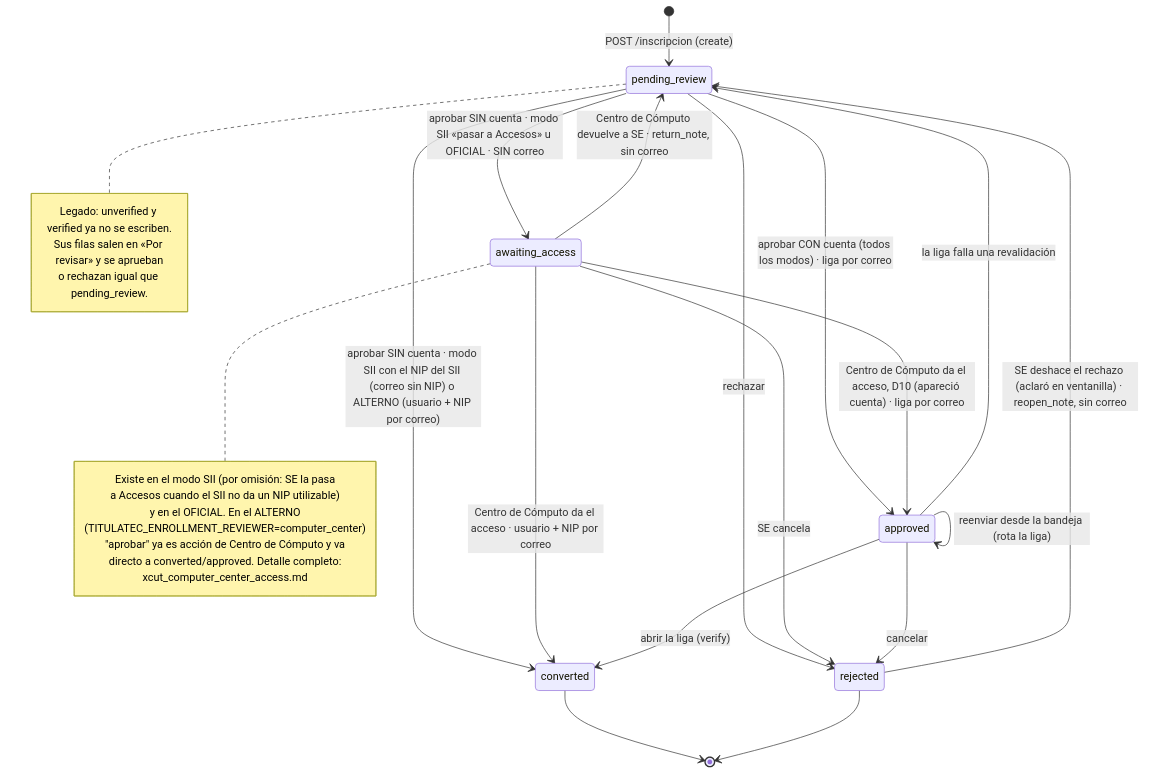
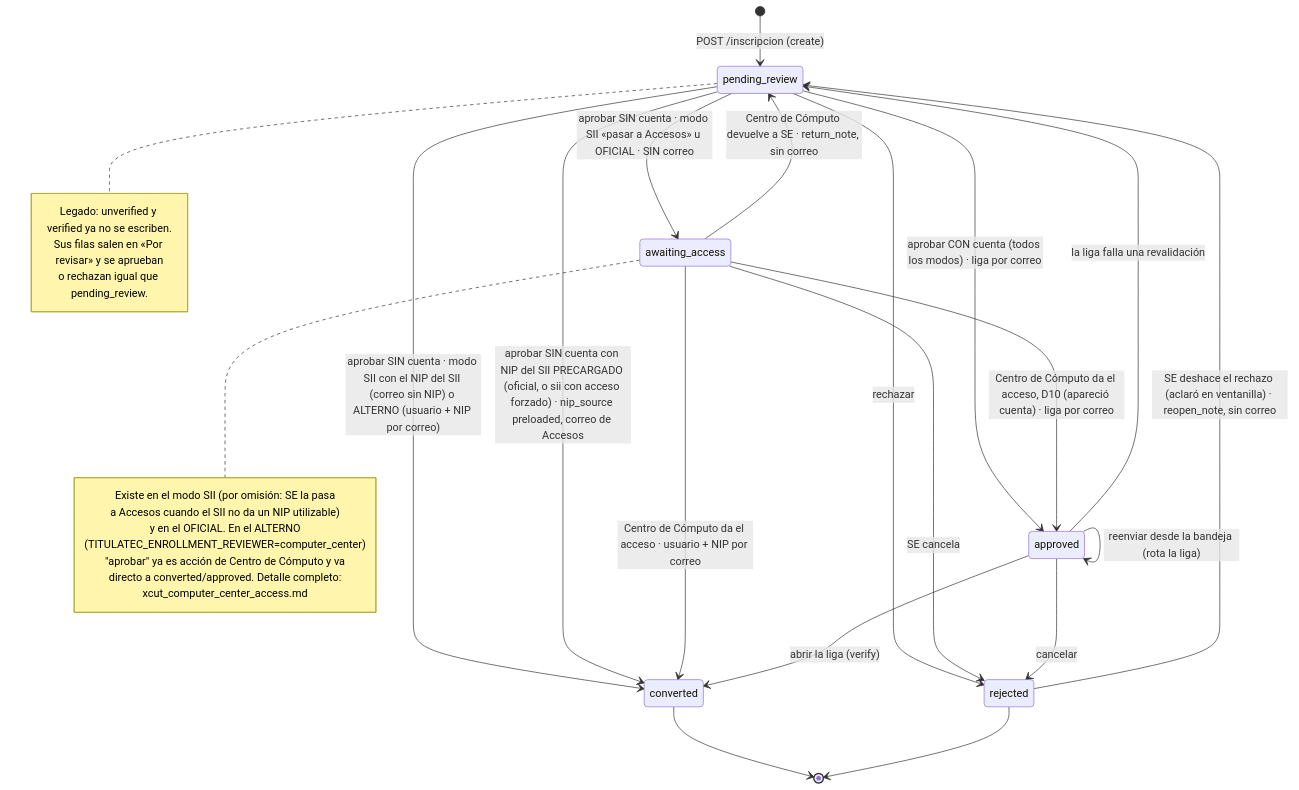
The first of 2 diagrams in itcj2/apps/titulatec/docs/flows/xcut_public_enrollment.md (Erne1357/itcj), drawn with Mermaid before and after one commit. The commit also changed other lines of this file and 2 other files, not shown here.

First line of the commit message:
docs(titulatec): NIP precargado y promedios oficiales en los flujos

````diff
--- a/itcj2/apps/titulatec/docs/flows/xcut_public_enrollment.md
+++ b/itcj2/apps/titulatec/docs/flows/xcut_public_enrollment.md
@@ -165,33 +165,34 @@
 ```mermaid
 stateDiagram-v2
     [*] --> pending_review: POST /inscripcion (create)
     pending_review --> awaiting_access: aprobar SIN cuenta · modo SII «pasar a Accesos» u OFICIAL · SIN correo
     pending_review --> converted: aprobar SIN cuenta · modo SII con el NIP del SII (correo sin NIP) o ALTERNO (usuario + NIP por correo)
+    pending_review --> converted: aprobar SIN cuenta con NIP del SII PRECARGADO (oficial, o sii con acceso forzado) · nip_source preloaded, correo de Accesos
     pending_review --> approved: aprobar CON cuenta (todos los modos) · liga por correo
     awaiting_access --> converted: Centro de Cómputo da el acceso · usuario + NIP por correo
     awaiting_access --> approved: Centro de Cómputo da el acceso, D10 (apareció cuenta) · liga por correo
     awaiting_access --> pending_review: Centro de Cómputo devuelve a SE · return_note, sin correo
     approved --> converted: abrir la liga (verify)
     approved --> pending_review: la liga falla una revalidación
     approved --> approved: reenviar desde la bandeja (rota la liga)
     pending_review --> rejected: rechazar
     awaiting_access --> rejected: SE cancela
     approved --> rejected: cancelar
     rejected --> pending_review: SE deshace el rechazo (aclaró en ventanilla) · reopen_note, sin correo
     converted --> [*]
     rejected --> [*]
     note right of pending_review
         Legado: unverified y verified ya no se escriben.
         Sus filas salen en «Por revisar» y se aprueban
         o rechazan igual que pending_review.
     end note
     note right of awaiting_access
         Existe en el modo SII (por omisión: SE la pasa
         a Accesos cuando el SII no da un NIP utilizable)
         y en el OFICIAL. En el ALTERNO
         (TITULATEC_ENROLLMENT_REVIEWER=computer_center)
         "aprobar" ya es acción de Centro de Cómputo y va
         directo a converted/approved. Detalle completo:
         xcut_computer_center_access.md
     end note
 ```
````
